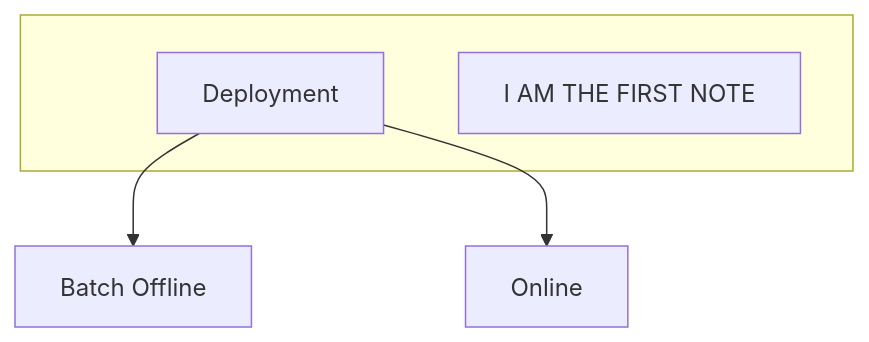
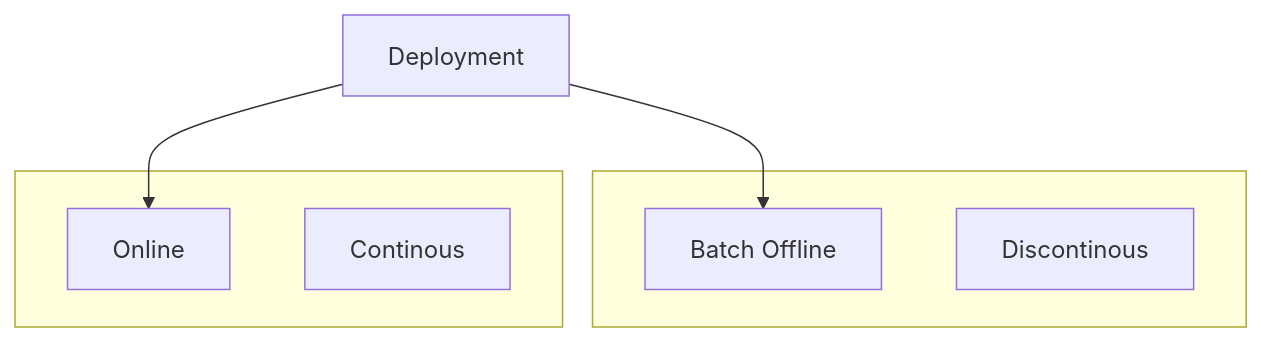
The diagram in week04/README.md (mossdet/mlops-dlp), drawn with Mermaid before and after one commit.

````diff
--- a/week04/README.md
+++ b/week04/README.md
@@ -3,10 +3,14 @@
 ```mermaid
 graph TD
     A[Deployment]-->B[Batch Offline];
-    subgraph subA [" "]
-        A
-        noteA[I AM THE FIRST NOTE]
+    subgraph subB [" "]
+        B
+        noteB[Discontinous]
     end
 
     A-->C[Online];
+    subgraph subC [" "]
+        C
+        noteC[Continous]
+    end
 ```
````
